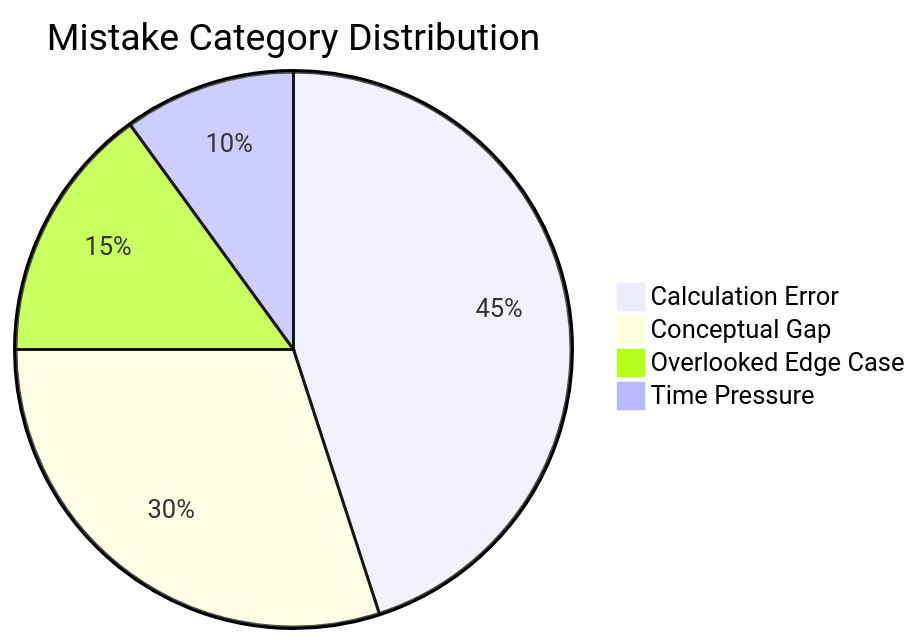
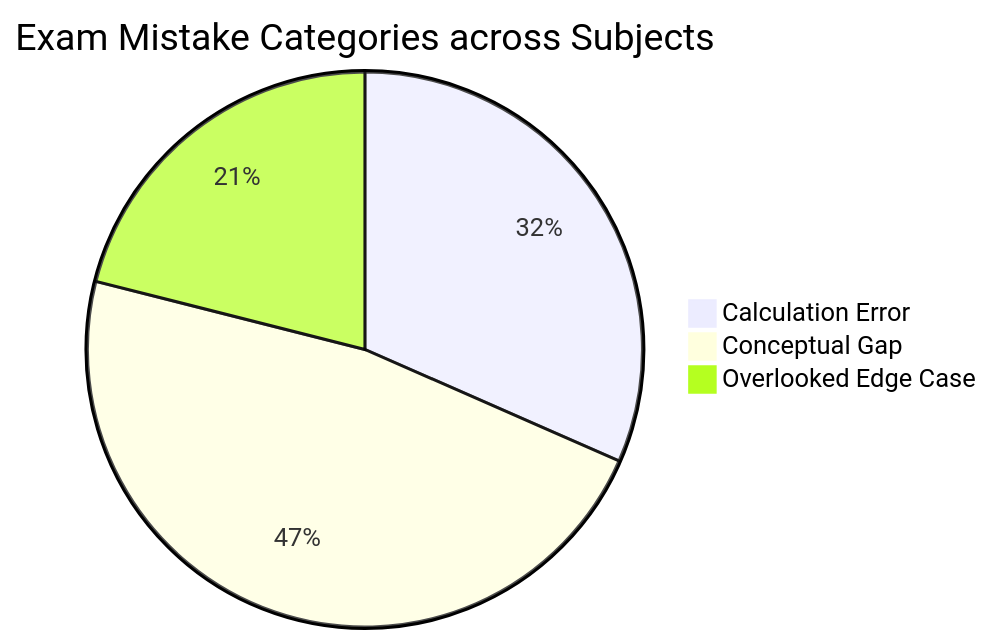
Before and after one commit to skc-coder/SAGE: the second of 4 diagrams in skills/exam-analysis-master/SKILL.md, drawn with Mermaid. The commit also changed other lines of this file and 4 other files, not shown here.

Commit message:
feat(analytics): implement hierarchical multi-level visual graph architecture (Exam-level, Subject-level Chapter & Topic charts)

````diff
--- a/skills/exam-analysis-master/SKILL.md
+++ b/skills/exam-analysis-master/SKILL.md
@@ -71,7 +80,6 @@
 ```mermaid
-pie title Mistake Category Distribution
-    "Calculation Error" : 45
-    "Conceptual Gap" : 30
-    "Overlooked Edge Case" : 15
-    "Time Pressure" : 10
+pie title Exam Mistake Categories across Subjects
+    "Calculation Error" : 12
+    "Conceptual Gap" : 18
+    "Overlooked Edge Case" : 8
 ```
````
